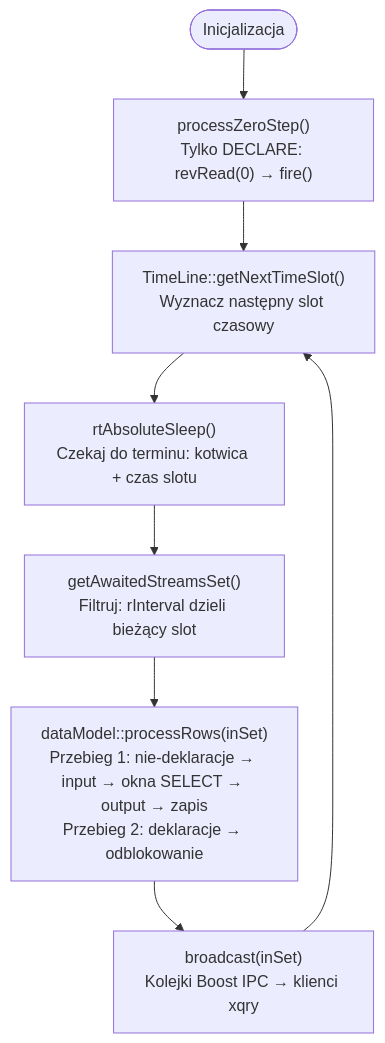
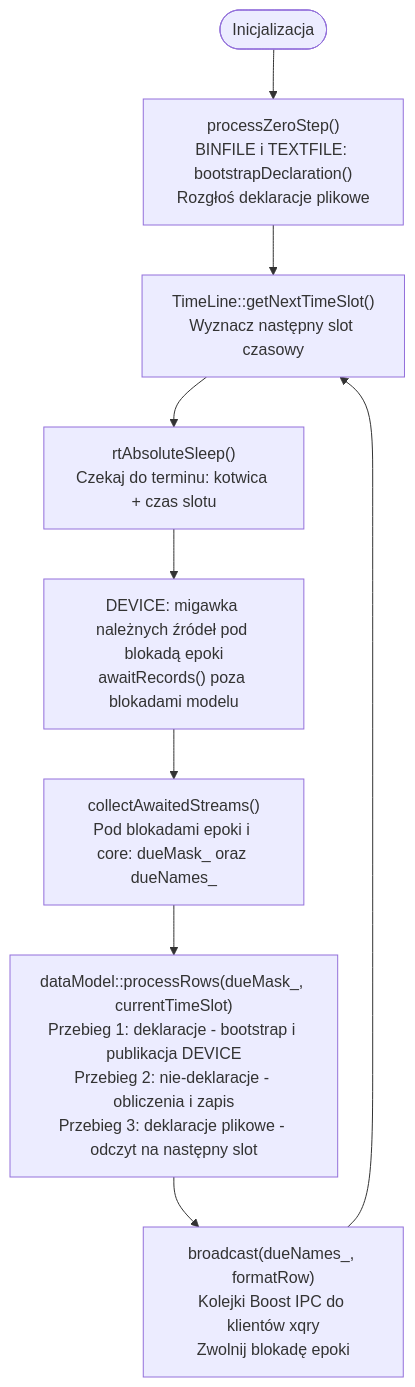
Before and after one commit to michalwidera/dokumentacja-rdb: the first of 6 diagrams in realizacja-zapytan/algorytm-przegladu-drzewa-zapytan.md, drawn with Mermaid. The commit also changed other lines of this file and 4 other files, not shown here.

````diff
--- a/realizacja-zapytan/algorytm-przegladu-drzewa-zapytan.md
+++ b/realizacja-zapytan/algorytm-przegladu-drzewa-zapytan.md
@@ -7,12 +7,13 @@
 ```mermaid
 %% pdf-height: 55%
 %%{init: {"markdownAutoWrap": false}}%%
 flowchart TD
     A([Inicjalizacja]) --> B
-    B["processZeroStep()<br/>Tylko DECLARE: revRead(0) → fire()"] --> C
+    B["processZeroStep()<br/>BINFILE i TEXTFILE: bootstrapDeclaration()<br/>Rozgłoś deklaracje plikowe"] --> C
     C["TimeLine::getNextTimeSlot()<br/>Wyznacz następny slot czasowy"] --> W
-    W["rtAbsoluteSleep()<br/>Czekaj do terminu: kotwica + czas slotu"] --> D
-    D["getAwaitedStreamsSet()<br/>Filtruj: rInterval dzieli bieżący slot"] --> E
-    E["dataModel::processRows(inSet)<br/>Przebieg 1: nie-deklaracje → input → okna SELECT → output → zapis<br/>Przebieg 2: deklaracje → odblokowanie"] --> F
-    F["broadcast(inSet)<br/>Kolejki Boost IPC → klienci xqry"] --> C
+    W["rtAbsoluteSleep()<br/>Czekaj do terminu: kotwica + czas slotu"] --> V
+    V["DEVICE: migawka należnych źródeł pod blokadą epoki<br/>awaitRecords() poza blokadami modelu"] --> D
+    D["collectAwaitedStreams()<br/>Pod blokadami epoki i core: dueMask_ oraz dueNames_"] --> E
+    E["dataModel::processRows(dueMask_, currentTimeSlot)<br/>Przebieg 1: deklaracje - bootstrap i publikacja DEVICE<br/>Przebieg 2: nie-deklaracje - obliczenia i zapis<br/>Przebieg 3: deklaracje plikowe - odczyt na następny slot"] --> F
+    F["broadcast(dueNames_, formatRow)<br/>Kolejki Boost IPC do klientów xqry<br/>Zwolnij blokadę epoki"] --> C
 ```
````
